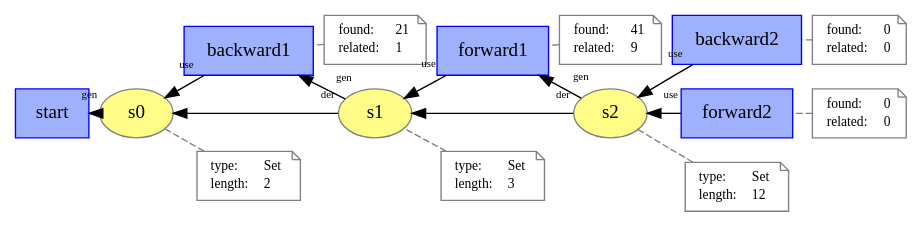
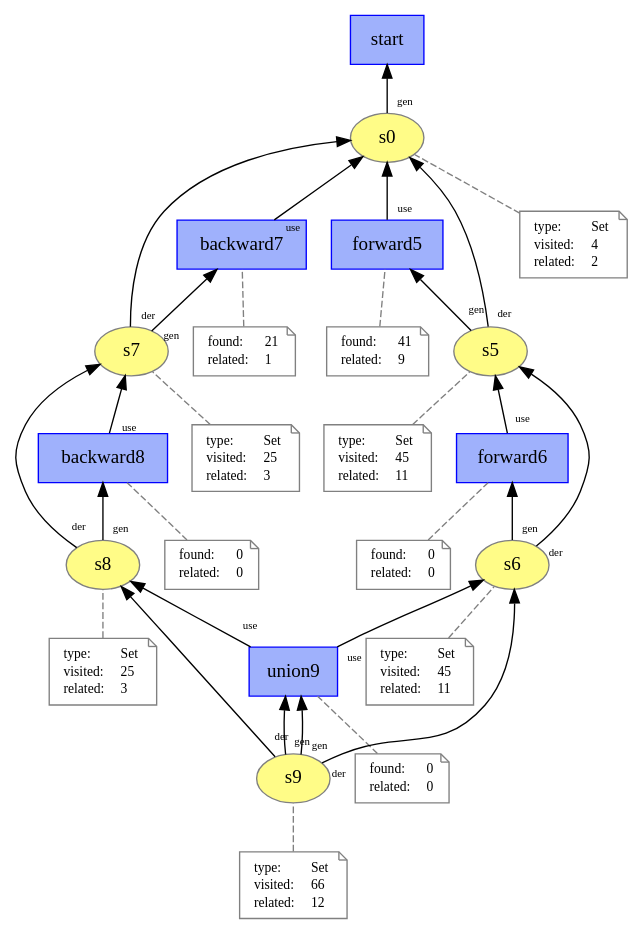
The diagram in case_study_2/notebooks/output/snowballing.dot (gems-uff/hybrid-strategies), drawn with Graphviz before and after one commit. The commit also changed 2 other files, not shown here.

```diff
--- a/case_study_2/notebooks/output/snowballing.dot
+++ b/case_study_2/notebooks/output/snowballing.dot
@@ -1,103 +1,189 @@
-digraph "PROV" { size="16,12"; rankdir="RL"; ranksep="0.1"; 
-"http://example.org/start" [fillcolor="#9FB1FC",color="#0000FF",shape="polygon",sides="4",style="filled",label="start",URL="http://example.org/start"]
-"http://example.org/backward1" [fillcolor="#9FB1FC",color="#0000FF",shape="polygon",sides="4",style="filled",label="backward1",URL="http://example.org/backward1"]
+digraph "PROV" { size="16,12"; rankdir="BT"; 
+"http://example.org/union9" [fillcolor="#9FB1FC",color="#0000FF",shape="polygon",sides="4",style="filled",label="union9",URL="http://example.org/union9"]
 "-attrs0" [color="gray",shape="note",fontsize="10",fontcolor="black",label=<<TABLE cellpadding="0" border="0">
 	<TR>
 	    <TD align="left">found:</TD>
-	    <TD align="left">21</TD>
+	    <TD align="left">0</TD>
 	</TR>
 	<TR>
 	    <TD align="left">related:</TD>
-	    <TD align="left">1</TD>
+	    <TD align="left">0</TD>
 	</TR>
     </TABLE>>
 ]
-"-attrs0" -> "http://example.org/backward1" [color="gray",style="dashed",arrowhead="none"]
-"http://example.org/forward1" [fillcolor="#9FB1FC",color="#0000FF",shape="polygon",sides="4",style="filled",label="forward1",URL="http://example.org/forward1"]
+"-attrs0" -> "http://example.org/union9" [color="gray",style="dashed",arrowhead="none"]
+"http://example.org/forward6" [fillcolor="#9FB1FC",color="#0000FF",shape="polygon",sides="4",style="filled",label="forward6",URL="http://example.org/forward6"]
 "-attrs1" [color="gray",shape="note",fontsize="10",fontcolor="black",label=<<TABLE cellpadding="0" border="0">
 	<TR>
 	    <TD align="left">found:</TD>
-	    <TD align="left">41</TD>
+	    <TD align="left">0</TD>
 	</TR>
 	<TR>
 	    <TD align="left">related:</TD>
-	    <TD align="left">9</TD>
+	    <TD align="left">0</TD>
 	</TR>
     </TABLE>>
 ]
-"-attrs1" -> "http://example.org/forward1" [color="gray",style="dashed",arrowhead="none"]
-"http://example.org/backward2" [fillcolor="#9FB1FC",color="#0000FF",shape="polygon",sides="4",style="filled",label="backward2",URL="http://example.org/backward2"]
+"-attrs1" -> "http://example.org/forward6" [color="gray",style="dashed",arrowhead="none"]
+"http://example.org/backward8" [fillcolor="#9FB1FC",color="#0000FF",shape="polygon",sides="4",style="filled",label="backward8",URL="http://example.org/backward8"]
 "-attrs2" [color="gray",shape="note",fontsize="10",fontcolor="black",label=<<TABLE cellpadding="0" border="0">
 	<TR>
 	    <TD align="left">found:</TD>
 	    <TD align="left">0</TD>
 	</TR>
 	<TR>
 	    <TD align="left">related:</TD>
 	    <TD align="left">0</TD>
 	</TR>
     </TABLE>>
 ]
-"-attrs2" -> "http://example.org/backward2" [color="gray",style="dashed",arrowhead="none"]
-"http://example.org/forward2" [fillcolor="#9FB1FC",color="#0000FF",shape="polygon",sides="4",style="filled",label="forward2",URL="http://example.org/forward2"]
+"-attrs2" -> "http://example.org/backward8" [color="gray",style="dashed",arrowhead="none"]
+"http://example.org/forward5" [fillcolor="#9FB1FC",color="#0000FF",shape="polygon",sides="4",style="filled",label="forward5",URL="http://example.org/forward5"]
 "-attrs3" [color="gray",shape="note",fontsize="10",fontcolor="black",label=<<TABLE cellpadding="0" border="0">
 	<TR>
 	    <TD align="left">found:</TD>
-	    <TD align="left">0</TD>
+	    <TD align="left">41</TD>
 	</TR>
 	<TR>
 	    <TD align="left">related:</TD>
-	    <TD align="left">0</TD>
+	    <TD align="left">9</TD>
 	</TR>
     </TABLE>>
 ]
-"-attrs3" -> "http://example.org/forward2" [color="gray",style="dashed",arrowhead="none"]
-"http://example.org/s0" [fillcolor="#FFFC87",color="#808080",style="filled",label="s0",URL="http://example.org/s0"]
+"-attrs3" -> "http://example.org/forward5" [color="gray",style="dashed",arrowhead="none"]
+"http://example.org/backward7" [fillcolor="#9FB1FC",color="#0000FF",shape="polygon",sides="4",style="filled",label="backward7",URL="http://example.org/backward7"]
 "-attrs4" [color="gray",shape="note",fontsize="10",fontcolor="black",label=<<TABLE cellpadding="0" border="0">
 	<TR>
-	    <TD align="left">type:</TD>
-	    <TD align="left">Set</TD>
+	    <TD align="left">found:</TD>
+	    <TD align="left">21</TD>
 	</TR>
 	<TR>
-	    <TD align="left">length:</TD>
-	    <TD align="left">2</TD>
+	    <TD align="left">related:</TD>
+	    <TD align="left">1</TD>
 	</TR>
     </TABLE>>
 ]
-"-attrs4" -> "http://example.org/s0" [color="gray",style="dashed",arrowhead="none"]
-"http://example.org/s1" [fillcolor="#FFFC87",color="#808080",style="filled",label="s1",URL="http://example.org/s1"]
+"-attrs4" -> "http://example.org/backward7" [color="gray",style="dashed",arrowhead="none"]
+"http://example.org/start" [fillcolor="#9FB1FC",color="#0000FF",shape="polygon",sides="4",style="filled",label="start",URL="http://example.org/start"]
+"http://example.org/s9" [fillcolor="#FFFC87",color="#808080",style="filled",label="s9",URL="http://example.org/s9"]
 "-attrs5" [color="gray",shape="note",fontsize="10",fontcolor="black",label=<<TABLE cellpadding="0" border="0">
 	<TR>
 	    <TD align="left">type:</TD>
 	    <TD align="left">Set</TD>
 	</TR>
 	<TR>
-	    <TD align="left">length:</TD>
-	    <TD align="left">3</TD>
+	    <TD align="left">visited:</TD>
+	    <TD align="left">66</TD>
+	</TR>
+	<TR>
+	    <TD align="left">related:</TD>
+	    <TD align="left">12</TD>
 	</TR>
     </TABLE>>
 ]
-"-attrs5" -> "http://example.org/s1" [color="gray",style="dashed",arrowhead="none"]
-"http://example.org/s2" [fillcolor="#FFFC87",color="#808080",style="filled",label="s2",URL="http://example.org/s2"]
+"-attrs5" -> "http://example.org/s9" [color="gray",style="dashed",arrowhead="none"]
+"http://example.org/s6" [fillcolor="#FFFC87",color="#808080",style="filled",label="s6",URL="http://example.org/s6"]
 "-attrs6" [color="gray",shape="note",fontsize="10",fontcolor="black",label=<<TABLE cellpadding="0" border="0">
 	<TR>
 	    <TD align="left">type:</TD>
 	    <TD align="left">Set</TD>
 	</TR>
 	<TR>
-	    <TD align="left">length:</TD>
-	    <TD align="left">12</TD>
+	    <TD align="left">visited:</TD>
+	    <TD align="left">45</TD>
+	</TR>
+	<TR>
+	    <TD align="left">related:</TD>
+	    <TD align="left">11</TD>
 	</TR>
     </TABLE>>
 ]
-"-attrs6" -> "http://example.org/s2" [color="gray",style="dashed",arrowhead="none"]
+"-attrs6" -> "http://example.org/s6" [color="gray",style="dashed",arrowhead="none"]
+"http://example.org/s8" [fillcolor="#FFFC87",color="#808080",style="filled",label="s8",URL="http://example.org/s8"]
+"-attrs7" [color="gray",shape="note",fontsize="10",fontcolor="black",label=<<TABLE cellpadding="0" border="0">
+	<TR>
+	    <TD align="left">type:</TD>
+	    <TD align="left">Set</TD>
+	</TR>
+	<TR>
+	    <TD align="left">visited:</TD>
+	    <TD align="left">25</TD>
+	</TR>
+	<TR>
+	    <TD align="left">related:</TD>
+	    <TD align="left">3</TD>
+	</TR>
+    </TABLE>>
+]
+"-attrs7" -> "http://example.org/s8" [color="gray",style="dashed",arrowhead="none"]
+"http://example.org/s5" [fillcolor="#FFFC87",color="#808080",style="filled",label="s5",URL="http://example.org/s5"]
+"-attrs8" [color="gray",shape="note",fontsize="10",fontcolor="black",label=<<TABLE cellpadding="0" border="0">
+	<TR>
+	    <TD align="left">type:</TD>
+	    <TD align="left">Set</TD>
+	</TR>
+	<TR>
+	    <TD align="left">visited:</TD>
+	    <TD align="left">45</TD>
+	</TR>
+	<TR>
+	    <TD align="left">related:</TD>
+	    <TD align="left">11</TD>
+	</TR>
+    </TABLE>>
+]
+"-attrs8" -> "http://example.org/s5" [color="gray",style="dashed",arrowhead="none"]
+"http://example.org/s7" [fillcolor="#FFFC87",color="#808080",style="filled",label="s7",URL="http://example.org/s7"]
+"-attrs9" [color="gray",shape="note",fontsize="10",fontcolor="black",label=<<TABLE cellpadding="0" border="0">
+	<TR>
+	    <TD align="left">type:</TD>
+	    <TD align="left">Set</TD>
+	</TR>
+	<TR>
+	    <TD align="left">visited:</TD>
+	    <TD align="left">25</TD>
+	</TR>
+	<TR>
+	    <TD align="left">related:</TD>
+	    <TD align="left">3</TD>
+	</TR>
+    </TABLE>>
+]
+"-attrs9" -> "http://example.org/s7" [color="gray",style="dashed",arrowhead="none"]
+"http://example.org/s0" [fillcolor="#FFFC87",color="#808080",style="filled",label="s0",URL="http://example.org/s0"]
+"-attrs10" [color="gray",shape="note",fontsize="10",fontcolor="black",label=<<TABLE cellpadding="0" border="0">
+	<TR>
+	    <TD align="left">type:</TD>
+	    <TD align="left">Set</TD>
+	</TR>
+	<TR>
+	    <TD align="left">visited:</TD>
+	    <TD align="left">4</TD>
+	</TR>
+	<TR>
+	    <TD align="left">related:</TD>
+	    <TD align="left">2</TD>
+	</TR>
+    </TABLE>>
+]
+"-attrs10" -> "http://example.org/s0" [color="gray",style="dashed",arrowhead="none"]
+"http://example.org/union9" -> "http://example.org/s6" [labelfontsize="8",labeldistance="1.5",labelangle="60.0",rotation="20",taillabel="use"]
+"http://example.org/s9" -> "http://example.org/union9" [labelfontsize="8",labeldistance="1.5",labelangle="60.0",rotation="20",taillabel="gen"]
+"http://example.org/s9" -> "http://example.org/s6" [labelfontsize="8",labeldistance="1.5",labelangle="60.0",rotation="20",taillabel="der"]
+"http://example.org/union9" -> "http://example.org/s8" [labelfontsize="8",labeldistance="1.5",labelangle="60.0",rotation="20",taillabel="use"]
+"http://example.org/s9" -> "http://example.org/union9" [labelfontsize="8",labeldistance="1.5",labelangle="60.0",rotation="20",taillabel="gen"]
+"http://example.org/s9" -> "http://example.org/s8" [labelfontsize="8",labeldistance="1.5",labelangle="60.0",rotation="20",taillabel="der"]
+"http://example.org/forward6" -> "http://example.org/s5" [labelfontsize="8",labeldistance="1.5",labelangle="60.0",rotation="20",taillabel="use"]
+"http://example.org/s6" -> "http://example.org/forward6" [labelfontsize="8",labeldistance="1.5",labelangle="60.0",rotation="20",taillabel="gen"]
+"http://example.org/s6" -> "http://example.org/s5" [labelfontsize="8",labeldistance="1.5",labelangle="60.0",rotation="20",taillabel="der"]
+"http://example.org/backward8" -> "http://example.org/s7" [labelfontsize="8",labeldistance="1.5",labelangle="60.0",rotation="20",taillabel="use"]
+"http://example.org/s8" -> "http://example.org/backward8" [labelfontsize="8",labeldistance="1.5",labelangle="60.0",rotation="20",taillabel="gen"]
+"http://example.org/s8" -> "http://example.org/s7" [labelfontsize="8",labeldistance="1.5",labelangle="60.0",rotation="20",taillabel="der"]
+"http://example.org/forward5" -> "http://example.org/s0" [labelfontsize="8",labeldistance="1.5",labelangle="60.0",rotation="20",taillabel="use"]
+"http://example.org/s5" -> "http://example.org/forward5" [labelfontsize="8",labeldistance="1.5",labelangle="60.0",rotation="20",taillabel="gen"]
+"http://example.org/s5" -> "http://example.org/s0" [labelfontsize="8",labeldistance="1.5",labelangle="60.0",rotation="20",taillabel="der"]
+"http://example.org/backward7" -> "http://example.org/s0" [labelfontsize="8",labeldistance="1.5",labelangle="60.0",rotation="20",taillabel="use"]
+"http://example.org/s7" -> "http://example.org/backward7" [labelfontsize="8",labeldistance="1.5",labelangle="60.0",rotation="20",taillabel="gen"]
+"http://example.org/s7" -> "http://example.org/s0" [labelfontsize="8",labeldistance="1.5",labelangle="60.0",rotation="20",taillabel="der"]
 "http://example.org/s0" -> "http://example.org/start" [labelfontsize="8",labeldistance="1.5",labelangle="60.0",rotation="20",taillabel="gen"]
-"http://example.org/backward1" -> "http://example.org/s0" [labelfontsize="8",labeldistance="1.5",labelangle="60.0",rotation="20",taillabel="use"]
-"http://example.org/s1" -> "http://example.org/backward1" [labelfontsize="8",labeldistance="1.5",labelangle="60.0",rotation="20",taillabel="gen"]
-"http://example.org/s1" -> "http://example.org/s0" [labelfontsize="8",labeldistance="1.5",labelangle="60.0",rotation="20",taillabel="der"]
-"http://example.org/forward1" -> "http://example.org/s1" [labelfontsize="8",labeldistance="1.5",labelangle="60.0",rotation="20",taillabel="use"]
-"http://example.org/s2" -> "http://example.org/forward1" [labelfontsize="8",labeldistance="1.5",labelangle="60.0",rotation="20",taillabel="gen"]
-"http://example.org/s2" -> "http://example.org/s1" [labelfontsize="8",labeldistance="1.5",labelangle="60.0",rotation="20",taillabel="der"]
-"http://example.org/backward2" -> "http://example.org/s2" [labelfontsize="8",labeldistance="1.5",labelangle="60.0",rotation="20",taillabel="use"]
-"http://example.org/forward2" -> "http://example.org/s2" [labelfontsize="8",labeldistance="1.5",labelangle="60.0",rotation="20",taillabel="use"]
 }
```
